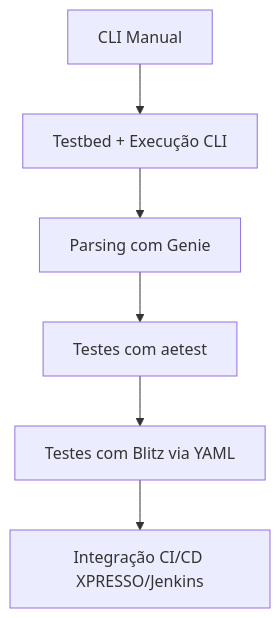
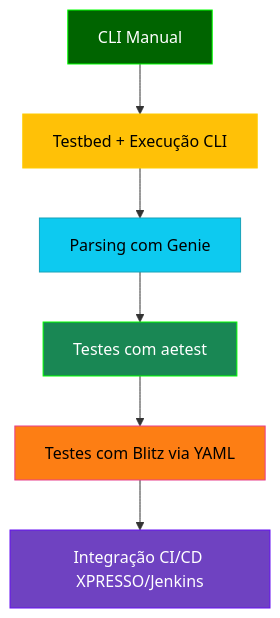
Before and after one commit to alcancil/Cisco: the second of 2 diagrams in CCNP 350-401 ENCOR/06 - Automation/21- Python - 15 - Orquestração - pyATS/README.md, drawn with Mermaid. The commit also changed other lines of this file, not shown here.

Commit message:
Alterado o arquivo README.md

````diff
--- a/CCNP 350-401 ENCOR/06 - Automation/21- Python - 15 - Orquestração - pyATS/README.md
+++ b/CCNP 350-401 ENCOR/06 - Automation/21- Python - 15 - Orquestração - pyATS/README.md
@@ -163,8 +174,15 @@
 ```mermaid
 flowchart TD
     A[CLI Manual] --> B[Testbed + Execução CLI]
     B --> C[Parsing com Genie]
     C --> D[Testes com aetest]
     D --> E[Testes com Blitz via YAML]
     E --> F[Integração CI/CD XPRESSO/Jenkins]
+
+style A fill:#006400,stroke:#00ff00,color:#ffffff
+style B fill:#ffc107,stroke:#ffcc00,color:#000000
+style C fill:#0dcaf0,stroke:#17a2b8,color:#000000
+style D fill:#198754,stroke:#00ff00,color:#ffffff
+style E fill:#fd7e14,stroke:#e83e8c,color:#000000
+style F fill:#6f42c1,stroke:#6610f2,color:#ffffff
 ``` 
````
